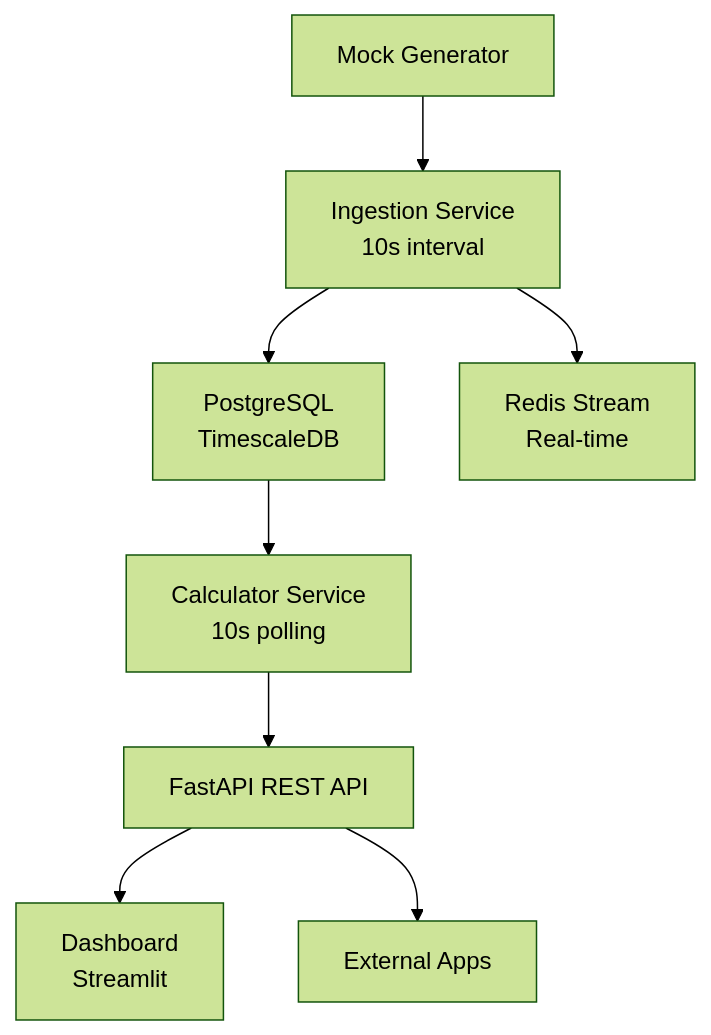
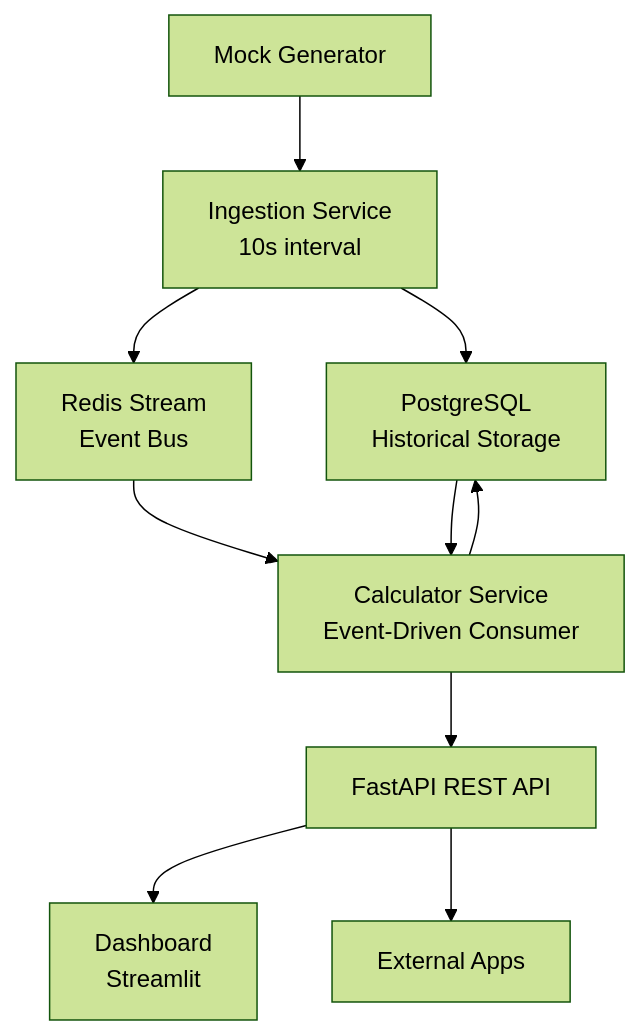
Before and after one commit to Shawntwj/InTheGrid: the first of 2 diagrams in README.md, drawn with Mermaid (forest theme). The commit also changed other lines of this file and 4 other files, not shown here.

````diff
--- a/README.md
+++ b/README.md
@@ -73,10 +75,12 @@
 ```mermaid
 graph TD
     A[Mock Generator] --> B[Ingestion Service<br/>10s interval]
-    B --> C[PostgreSQL<br/>TimescaleDB]
-    B --> D[Redis Stream<br/>Real-time]
-    C --> E[Calculator Service<br/>10s polling]
+    B --> C[PostgreSQL<br/>Historical Storage]
+    B --> D[Redis Stream<br/>Event Bus]
+    D --> E[Calculator Service<br/>Event-Driven Consumer]
+    C --> E
+    E --> C
     E --> F[FastAPI REST API]
     F --> G[Dashboard<br/>Streamlit]
     F --> H[External Apps]
 ```
````
